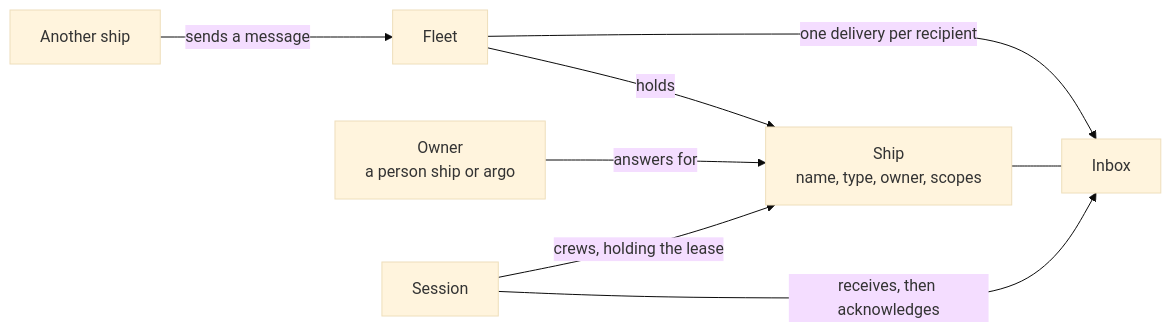
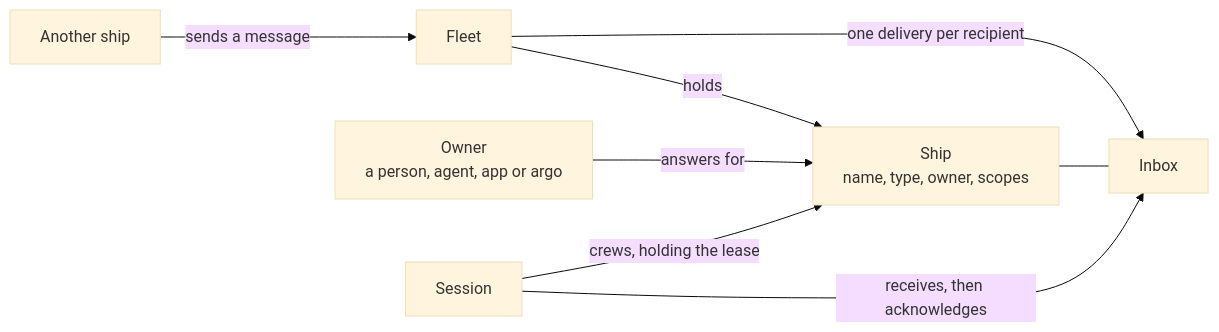
The diagram in docs/guide/words.md (ThomasHendrickx/aeolus-fleet), drawn with Mermaid (base theme) before and after one commit. The commit also changed other lines of this file and 43 other files, not shown here.

````diff
--- a/docs/guide/words.md
+++ b/docs/guide/words.md
@@ -13,10 +13,10 @@
 ```mermaid
 flowchart LR
     fleet["Fleet"] -->|holds| ship["Ship<br/>name, type, owner, scopes"]
-    owner["Owner<br/>a person ship or argo"] -->|answers for| ship
+    owner["Owner<br/>a person, agent, app or argo"] -->|answers for| ship
     session["Session"] -->|crews, holding the lease| ship
     sender["Another ship"] -->|sends a message| fleet
     fleet -->|one delivery per recipient| inbox["Inbox"]
     ship --- inbox
     session -->|receives, then acknowledges| inbox
 ```
````
